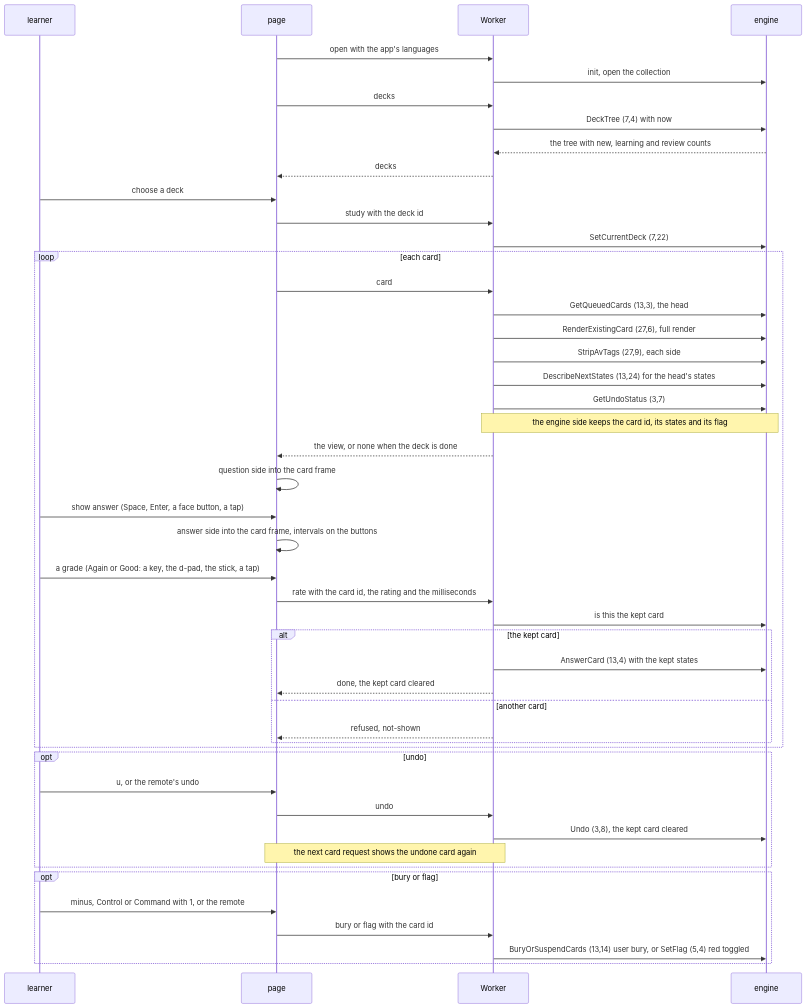
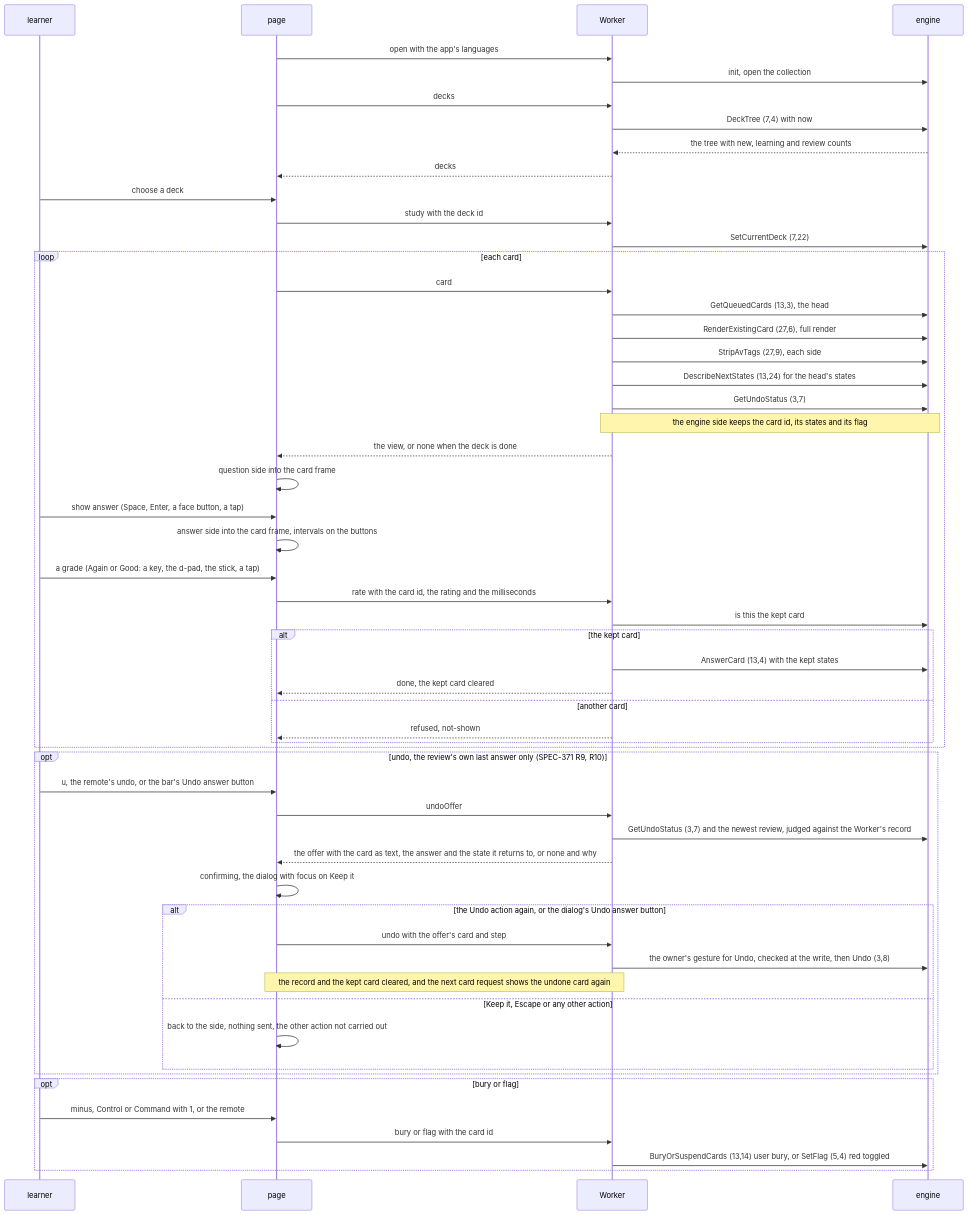
Before and after one commit to RexRenatus/deck-streak: the second of 5 diagrams in docs/schematics/web-study-screens.md, drawn with Mermaid. The commit also changed other lines of this file and 1 other file, not shown here.

Commit message:
docs(schematic): undo the review's own last answer (SPEC-371)

````diff
--- a/docs/schematics/web-study-screens.md
+++ b/docs/schematics/web-study-screens.md
@@ -92,50 +92,58 @@
 ```mermaid
 sequenceDiagram
   participant L as learner
   participant P as page
   participant W as Worker
   participant E as engine
 
   P->>W: open with the app's languages
   W->>E: init, open the collection
   P->>W: decks
   W->>E: DeckTree (7,4) with now
   E-->>W: the tree with new, learning and review counts
   W-->>P: decks
   L->>P: choose a deck
   P->>W: study with the deck id
   W->>E: SetCurrentDeck (7,22)
   loop each card
     P->>W: card
     W->>E: GetQueuedCards (13,3), the head
     W->>E: RenderExistingCard (27,6), full render
     W->>E: StripAvTags (27,9), each side
     W->>E: DescribeNextStates (13,24) for the head's states
     W->>E: GetUndoStatus (3,7)
     Note over W,E: the engine side keeps the card id, its states and its flag
     W-->>P: the view, or none when the deck is done
     P->>P: question side into the card frame
     L->>P: show answer (Space, Enter, a face button, a tap)
     P->>P: answer side into the card frame, intervals on the buttons
     L->>P: a grade (Again or Good: a key, the d-pad, the stick, a tap)
     P->>W: rate with the card id, the rating and the milliseconds
     W->>E: is this the kept card
     alt the kept card
       W->>E: AnswerCard (13,4) with the kept states
       W-->>P: done, the kept card cleared
     else another card
       W-->>P: refused, not-shown
     end
   end
-  opt undo
-    L->>P: u, or the remote's undo
-    P->>W: undo
-    W->>E: Undo (3,8), the kept card cleared
-    Note over P,W: the next card request shows the undone card again
+  opt undo, the review's own last answer only (SPEC-371 R9, R10)
+    L->>P: u, the remote's undo, or the bar's Undo answer button
+    P->>W: undoOffer
+    W->>E: GetUndoStatus (3,7) and the newest review, judged against the Worker's record
+    W-->>P: the offer with the card as text, the answer and the state it returns to, or none and why
+    P->>P: confirming, the dialog with focus on Keep it
+    alt the Undo action again, or the dialog's Undo answer button
+      P->>W: undo with the offer's card and step
+      W->>E: the owner's gesture for Undo, checked at the write, then Undo (3,8)
+      Note over P,W: the record and the kept card cleared, and the next card request shows the undone card again
+    else Keep it, Escape or any other action
+      P->>P: back to the side, nothing sent, the other action not carried out
+    end
   end
   opt bury or flag
     L->>P: minus, Control or Command with 1, or the remote
     P->>W: bury or flag with the card id
     W->>E: BuryOrSuspendCards (13,14) user bury, or SetFlag (5,4) red toggled
   end
 ```
````
